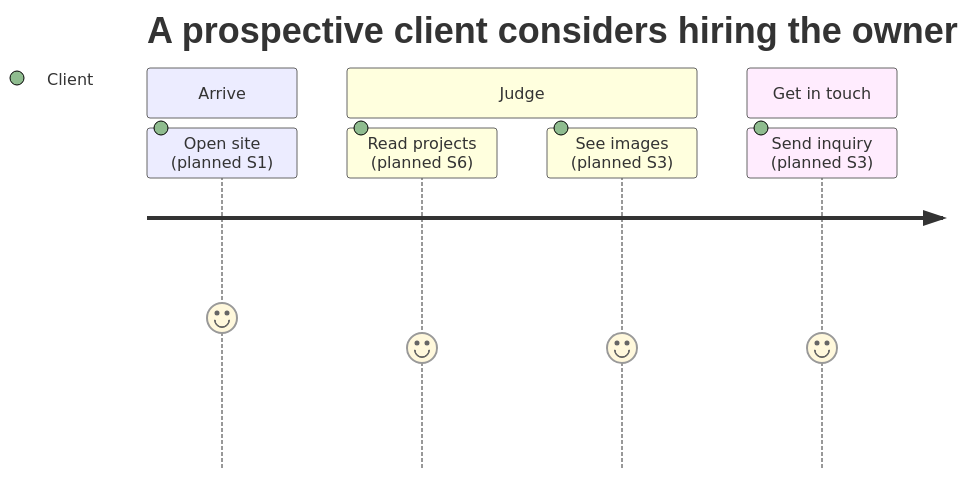
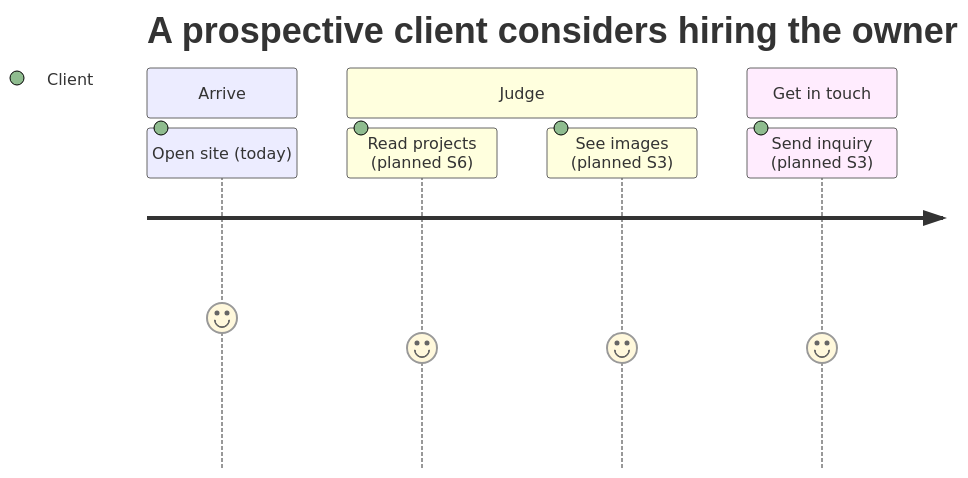
Before and after one commit to ycmcuenca/ycmcuenca-core: the second of 4 diagrams in docs/USER_JOURNEY.md, drawn with Mermaid. The commit also changed other lines of this file and 3 other files, not shown here.

````diff
--- a/docs/USER_JOURNEY.md
+++ b/docs/USER_JOURNEY.md
@@ -53,11 +53,11 @@
 ```mermaid
 journey
     title A prospective client considers hiring the owner
     section Arrive
-      Open site (planned S1): 5: Client
+      Open site (today): 5: Client
     section Judge
       Read projects (planned S6): 4: Client
       See images (planned S3): 4: Client
     section Get in touch
       Send inquiry (planned S3): 4: Client
 ```
````
